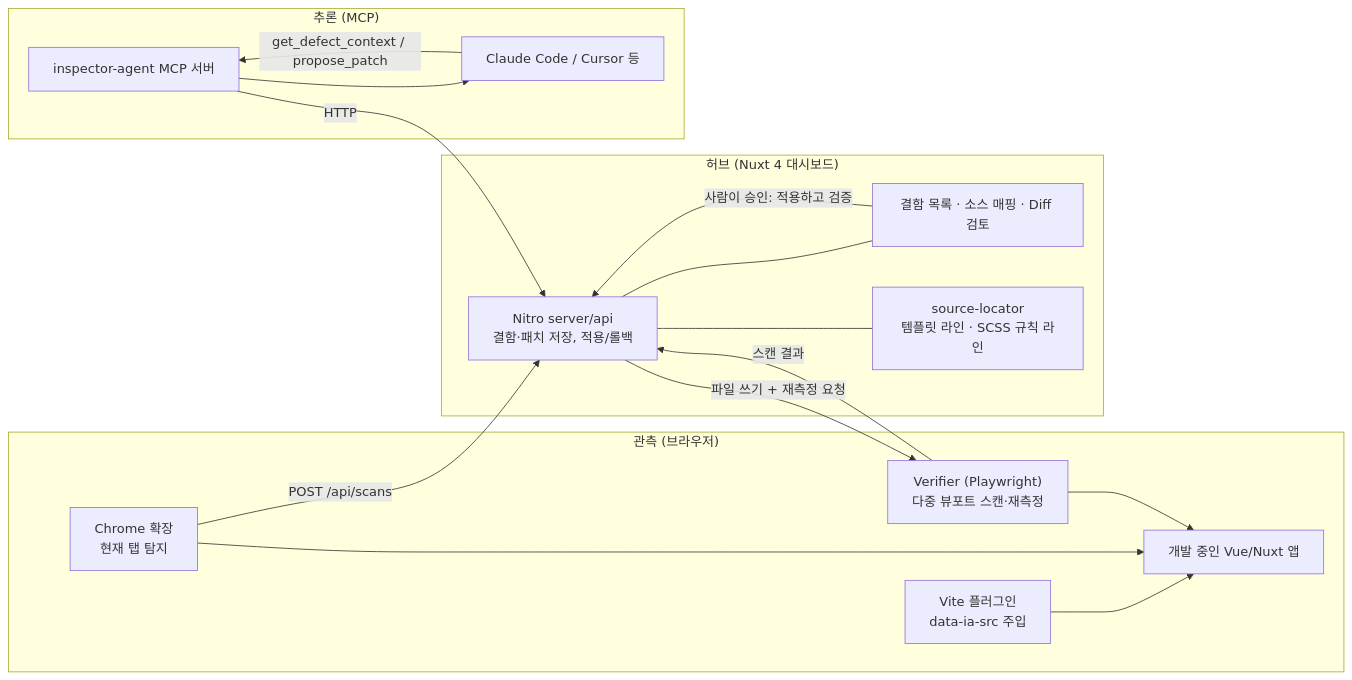
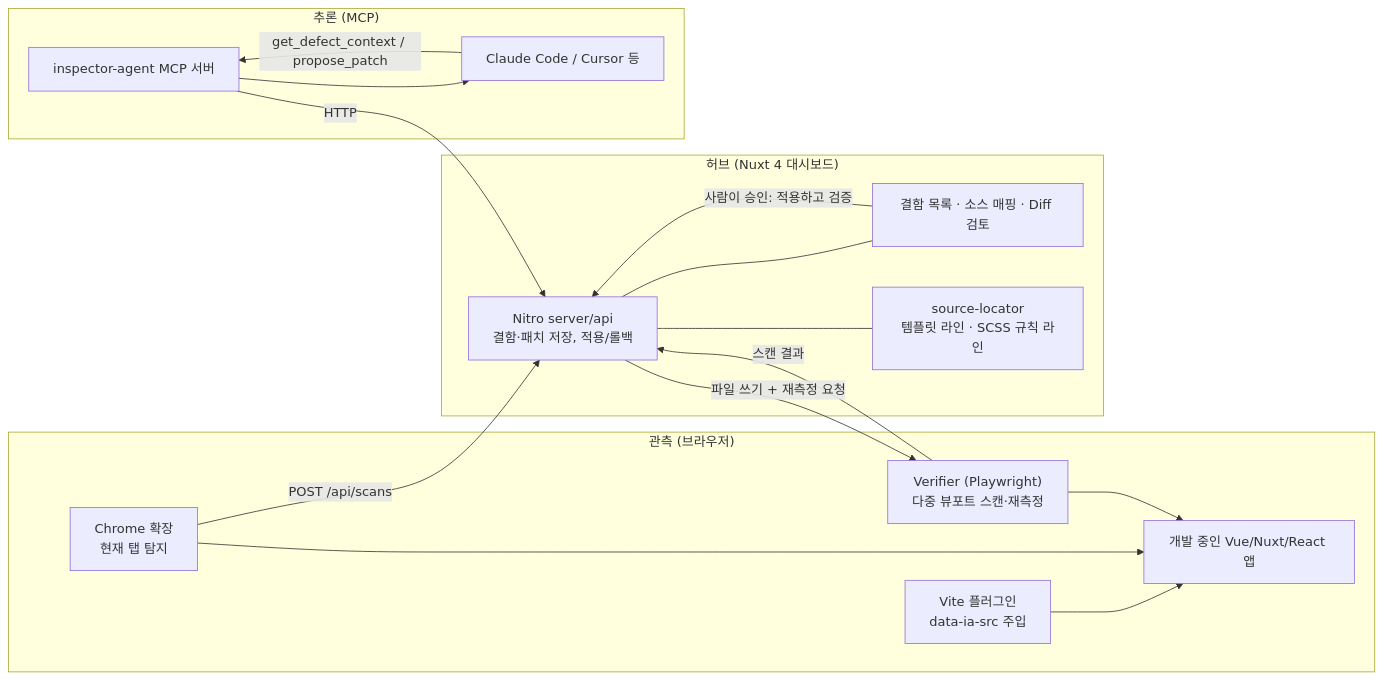
The diagram in README.md (HamHyunJun/Inspector-Agent), drawn with Mermaid before and after one commit. The commit also changed other lines of this file and 42 other files, not shown here.

First line of the commit message:
feat: React(Vite) 소스 매핑과 CSS Modules·일반 css/scss 규칙 탐색 지원

````diff
--- a/README.md
+++ b/README.md
@@ -48,27 +48,27 @@
 ```mermaid
 flowchart LR
   subgraph Browser["관측 (브라우저)"]
-    VP["Vite 플러그인<br/>data-ia-src 주입"] --> PAGE["개발 중인 Vue/Nuxt 앱"]
+    VP["Vite 플러그인<br/>data-ia-src 주입"] --> PAGE["개발 중인 Vue/Nuxt/React 앱"]
     EXT["Chrome 확장<br/>현재 탭 탐지"] --> PAGE
     VER["Verifier (Playwright)<br/>다중 뷰포트 스캔·재측정"] --> PAGE
   end
 
   subgraph Hub["허브 (Nuxt 4 대시보드)"]
     API["Nitro server/api<br/>결함·패치 저장, 적용/롤백"]
     UI["결함 목록 · 소스 매핑 · Diff 검토"]
     LOC["source-locator<br/>템플릿 라인 · SCSS 규칙 라인"]
     API --- UI
     API --- LOC
   end
 
   subgraph Agent["추론 (MCP)"]
     MCP["inspector-agent MCP 서버"] --> CC["Claude Code / Cursor 등"]
   end
 
   EXT -- "POST /api/scans" --> API
   VER -- "스캔 결과" --> API
   CC -- "get_defect_context / propose_patch" --> MCP
   MCP -- "HTTP" --> API
   UI -- "사람이 승인: 적용하고 검증" --> API
   API -- "파일 쓰기 + 재측정 요청" --> VER
 ```
````
